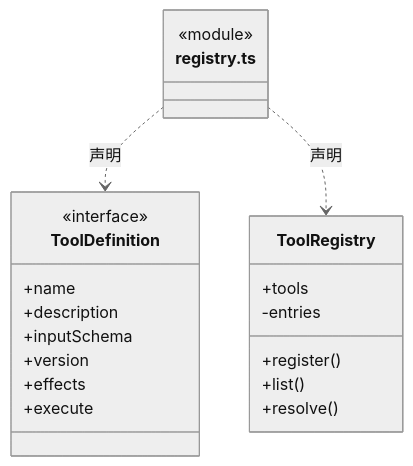
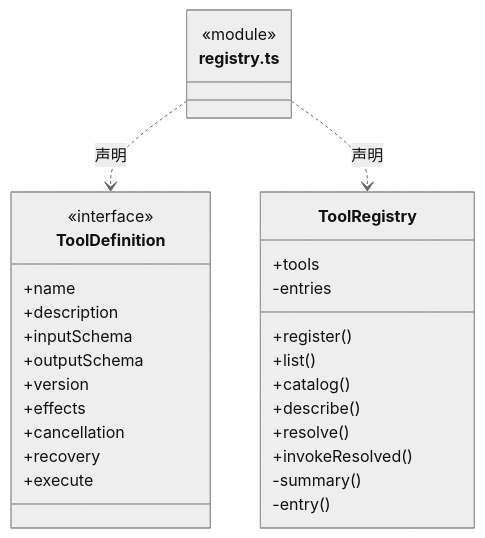
The fifth of 11 diagrams in src/backend/core/tools/ARCHITECTURE.md (nan023062/cbim), drawn with Mermaid (neutral theme) before and after one commit. The commit also changed other lines of this file and 28 other files, not shown here.

````diff
--- a/src/backend/core/tools/ARCHITECTURE.md
+++ b/src/backend/core/tools/ARCHITECTURE.md
@@ -71,24 +102,32 @@
 ```mermaid
 classDiagram
 class N_src_backend_core_tools_registry_ts["registry.ts"] {
   <<module>>
 }
 class N_src_backend_core_tools_registry_ts_ToolDefinition["ToolDefinition"] {
   <<interface>>
   +name
   +description
   +inputSchema
+  +outputSchema
   +version
   +effects
+  +cancellation
+  +recovery
   +execute
 }
 N_src_backend_core_tools_registry_ts ..> N_src_backend_core_tools_registry_ts_ToolDefinition : 声明
 class N_src_backend_core_tools_registry_ts_ToolRegistry["ToolRegistry"] {
   +tools
   +register()
   +list()
+  +catalog()
+  +describe()
   +resolve()
+  +invokeResolved()
   -entries
+  -summary()
+  -entry()
 }
 N_src_backend_core_tools_registry_ts ..> N_src_backend_core_tools_registry_ts_ToolRegistry : 声明
 ```
````
